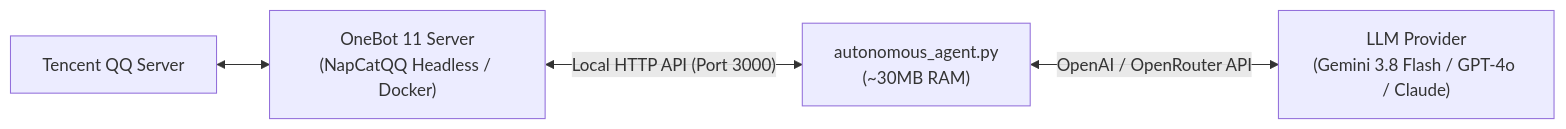
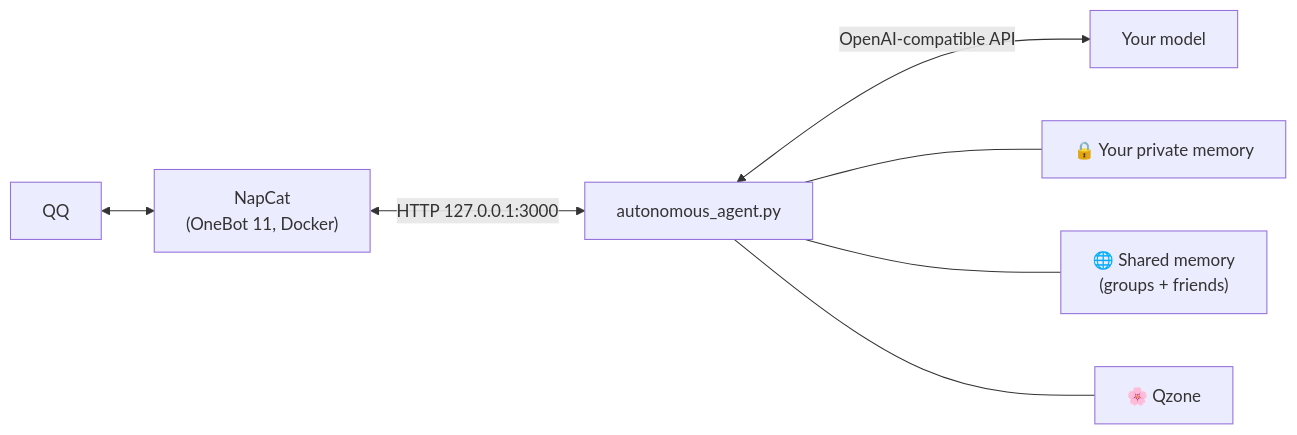
The diagram in README.md (intfloatjohn/AI2QQ), drawn with Mermaid before and after one commit. The commit also changed other lines of this file and 1 other file, not shown here.

````diff
--- a/README.md
+++ b/README.md
@@ -49,6 +90,9 @@
 ```mermaid
 flowchart LR
-    A["Tencent QQ Server"] <--> B["OneBot 11 Server\n(NapCatQQ Headless / Docker)"]
-    B <-->|"Local HTTP API (Port 3000)"| C["autonomous_agent.py\n(~30MB RAM)"]
-    C <-->|"OpenAI / OpenRouter API"| D["LLM Provider\n(Gemini 3.8 Flash / GPT-4o / Claude)"]
+    Q["QQ"] <--> N["NapCat<br/>(OneBot 11, Docker)"]
+    N <-->|"HTTP 127.0.0.1:3000"| B["autonomous_agent.py"]
+    B <-->|"OpenAI-compatible API"| M["Your model"]
+    B --- P["🔒 Your private memory"]
+    B --- S["🌐 Shared memory<br/>(groups + friends)"]
+    B --- Z["🌸 Qzone"]
 ```
````
